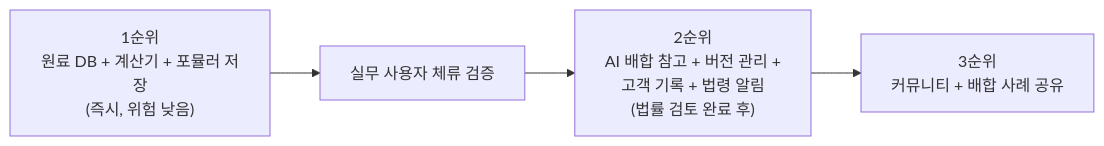
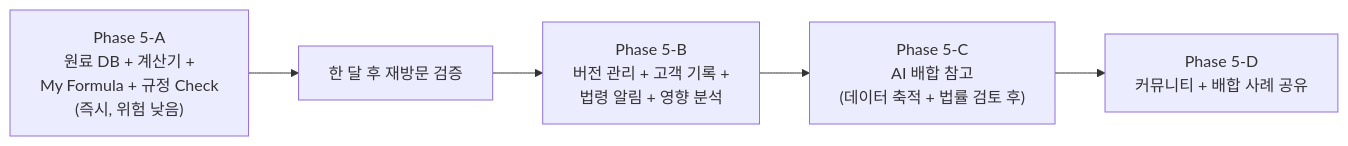
Diagram 11 of 11 in docs/dev/PASS_TO_PRACTICE_STRATEGY.md (skygoldlee-cyber/Personalized_Skincare), drawn with Mermaid before and after one commit. The commit also changed other lines of this file, not shown here.

````diff
--- a/docs/dev/PASS_TO_PRACTICE_STRATEGY.md
+++ b/docs/dev/PASS_TO_PRACTICE_STRATEGY.md
@@ -1053,7 +1204,7 @@
 ```mermaid
 flowchart LR
-    P1["1순위<br/>원료 DB + 계산기 + 포뮬러 저장<br/>(즉시, 위험 낮음)"] --> V["실무 사용자 체류 검증"]
-    V --> P2["2순위<br/>AI 배합 참고 + 버전 관리 +<br/>고객 기록 + 법령 알림<br/>(법률 검토 완료 후)"]
-    P2 --> P3["3순위<br/>커뮤니티 + 배합 사례 공유"]
-
+    P5A["Phase 5-A<br/>원료 DB + 계산기 +<br/>My Formula + 규정 Check<br/>(즉시, 위험 낮음)"] --> V["한 달 후 재방문 검증"]
+    V --> P5B["Phase 5-B<br/>버전 관리 + 고객 기록 +<br/>법령 알림 + 영향 분석"]
+    P5B --> P5C["Phase 5-C<br/>AI 배합 참고<br/>(데이터 축적 + 법률 검토 후)"]
+    P5C --> P5D["Phase 5-D<br/>커뮤니티 + 배합 사례 공유"]
 ```
````
